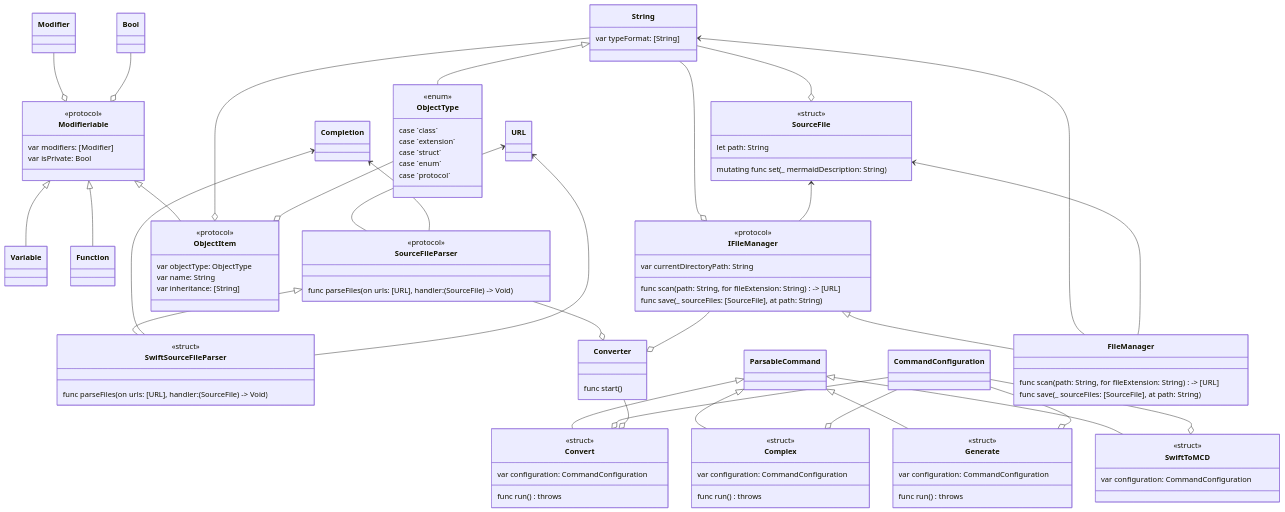
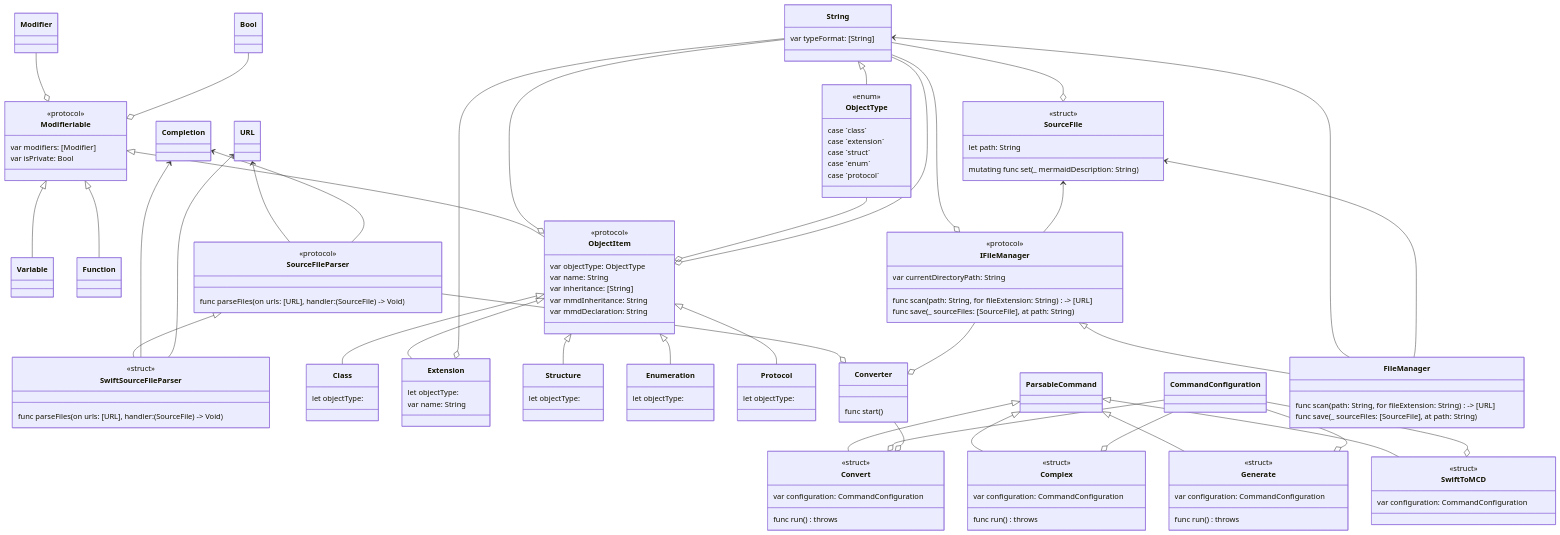
One commit to TimuREC/swift-to-mcd changed the diagram in README.md. Above: the diagram before and after it, drawn with Mermaid. The commit also changed 2 other files, not shown here.

Commit message:
Исправлен парсинг, дефолтная команда - help

```diff
--- a/README.md
+++ b/README.md
@@ -80,6 +80,45 @@
 }
 String --o ObjectItem
 ObjectType --o ObjectItem
+
+class ObjectItem{
+	var mmdInheritance: String
+	var mmdDeclaration: String
+	
+}
+String --o ObjectItem
+
+ObjectItem <|-- Class
+class Class{
+	let objectType: 
+	
+}
+
+ObjectItem <|-- Extension
+class Extension{
+	let objectType: 
+	var name: String
+	
+}
+String --o Extension
+
+ObjectItem <|-- Structure
+class Structure{
+	let objectType: 
+	
+}
+
+ObjectItem <|-- Enumeration
+class Enumeration{
+	let objectType: 
+	
+}
+
+ObjectItem <|-- Protocol
+class Protocol{
+	let objectType: 
+	
+}
 
 ParsableCommand <|-- Complex
 class Complex{
```
